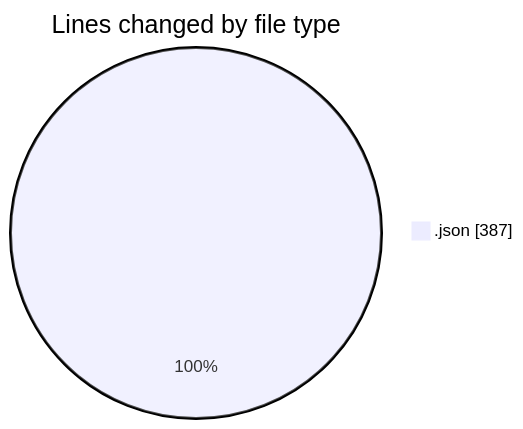
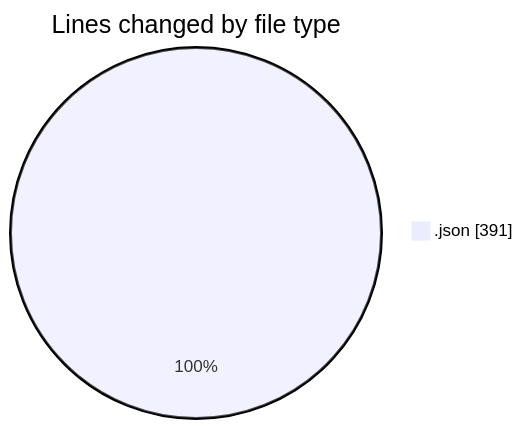
The first of 2 diagrams in 2025-07-29/refunds/README.md (EIIisD/code-tracking), drawn with Mermaid before and after one commit. The commit also changed other lines of this file and 1 other file, not shown here.

````diff
--- a/2025-07-29/refunds/README.md
+++ b/2025-07-29/refunds/README.md
@@ -20,5 +20,5 @@
 ```mermaid
 pie showData
 title Lines changed by file type
-".json" : 387
+".json" : 391
 ```
````
